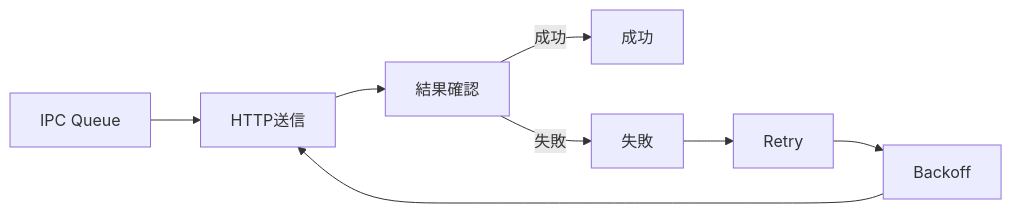
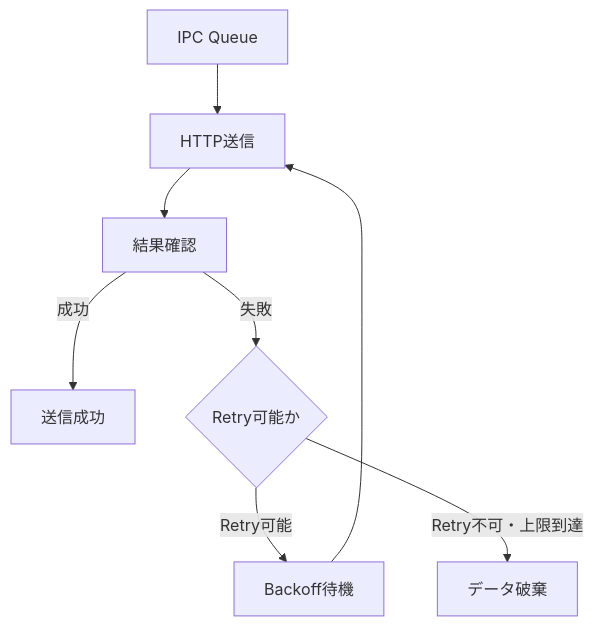
Diagram 11 of 15 in docs/04_data_ipc_communication.md (yujimasuda77777/Raspberry_Pi_4B_Edge_IoT_System), drawn with Mermaid before and after one commit. The commit also changed other lines of this file, not shown here.

````diff
--- a/docs/04_data_ipc_communication.md
+++ b/docs/04_data_ipc_communication.md
@@ -611,19 +626,20 @@
 ```mermaid
-flowchart LR
+flowchart TD
     Queue["IPC Queue"]
     Send["HTTP送信"]
     Check["結果確認"]
-    Retry["Retry"]
-    Backoff["Backoff"]
-    Success["成功"]
-    Error["失敗"]
+    Success["送信成功"]
+    RetryCheck{"Retry可能か"}
+    Backoff["Backoff待機"]
+    Discard["データ破棄"]
 
     Queue --> Send
     Send --> Check
 
     Check -->|成功| Success
-    Check -->|失敗| Error
-    Error --> Retry
-    Retry --> Backoff
+    Check -->|失敗| RetryCheck
+
+    RetryCheck -->|Retry可能| Backoff
     Backoff --> Send
+    RetryCheck -->|Retry不可・上限到達| Discard
 ```
````
